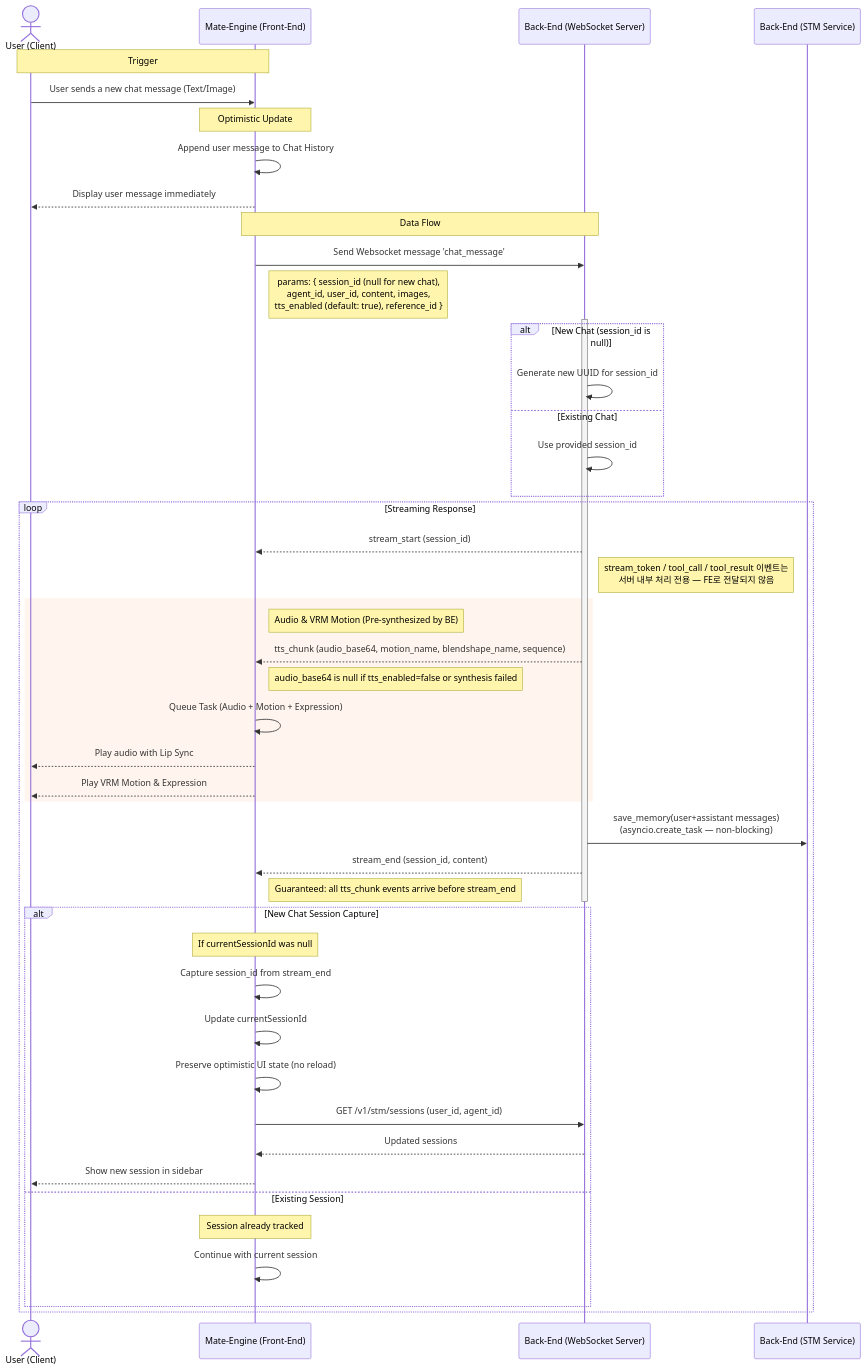
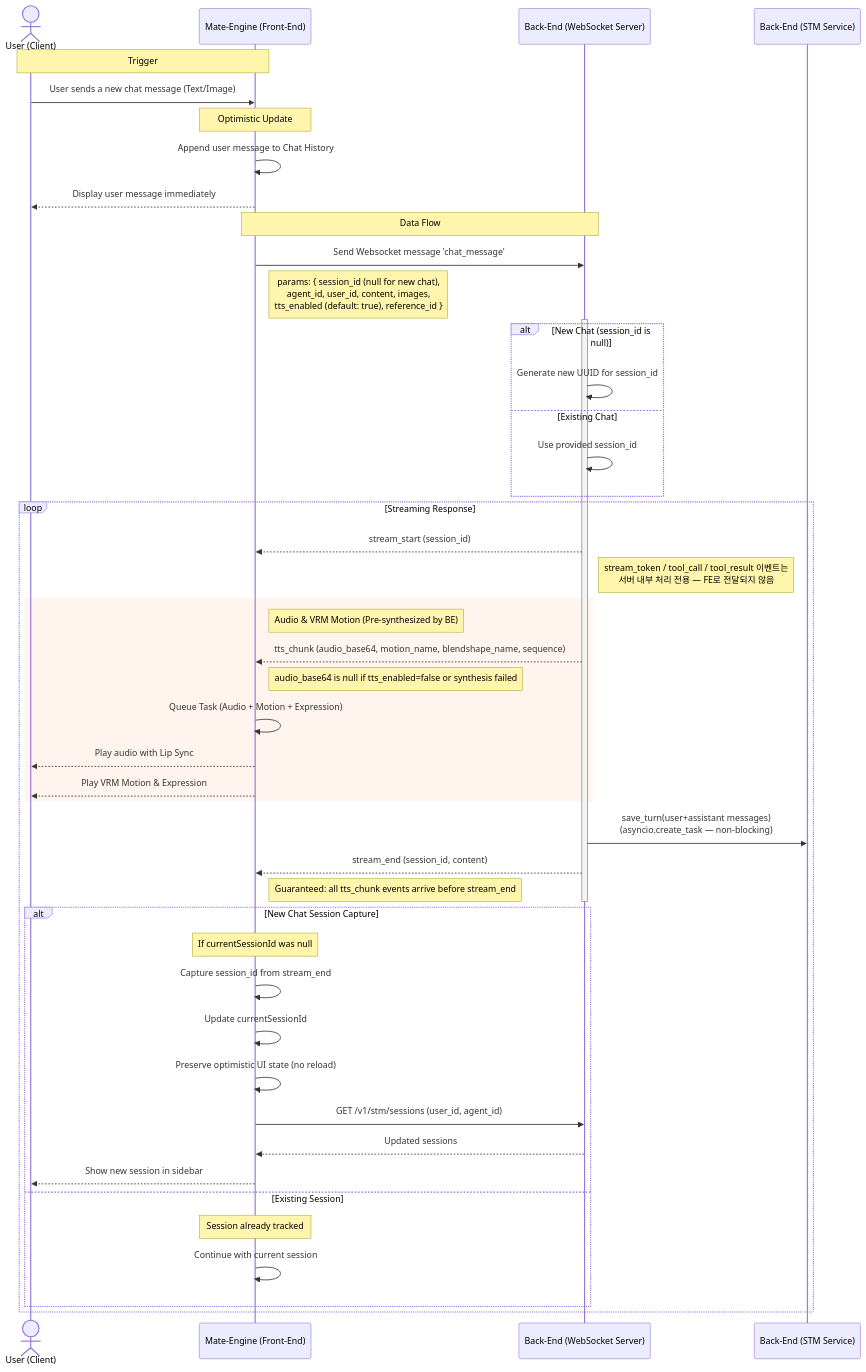
One commit to yw0nam/DesktopMatePlus changed the diagram in docs/data_flow/chat/ADD_CHAT_MESSAGE.md. Above: the diagram before and after it, drawn with Mermaid. The commit also changed 6 other files, not shown here.

````diff
--- a/docs/data_flow/chat/ADD_CHAT_MESSAGE.md
+++ b/docs/data_flow/chat/ADD_CHAT_MESSAGE.md
@@ -20,58 +20,58 @@
 ```mermaid
 sequenceDiagram
     actor User as User (Client)
     participant FE as Mate-Engine (Front-End)
     participant BE as Back-End (WebSocket Server)
     participant STM as Back-End (STM Service)
 
     Note over User, FE: Trigger
     User->>FE: User sends a new chat message (Text/Image)
 
     Note over FE: Optimistic Update
     FE->>FE: Append user message to Chat History
     FE-->>User: Display user message immediately
 
     Note over FE, BE: Data Flow
     FE->>BE: Send Websocket message 'chat_message'
     Note right of FE: params: { session_id (null for new chat),<br/>agent_id, user_id, content, images,<br/>tts_enabled (default: true), reference_id }
 
     activate BE
 
     alt New Chat (session_id is null)
         BE->>BE: Generate new UUID for session_id
     else Existing Chat
         BE->>BE: Use provided session_id
     end
 
     loop Streaming Response
         BE-->>FE: stream_start (session_id)
 
         Note right of BE: stream_token / tool_call / tool_result 이벤트는<br/>서버 내부 처리 전용 — FE로 전달되지 않음
         rect rgb(255, 245, 238)
             note right of FE: Audio & VRM Motion (Pre-synthesized by BE)
             BE-->>FE: tts_chunk (audio_base64, motion_name, blendshape_name, sequence)
             Note right of FE: audio_base64 is null if tts_enabled=false or synthesis failed
             FE->>FE: Queue Task (Audio + Motion + Expression)
             FE-->>User: Play audio with Lip Sync
             FE-->>User: Play VRM Motion & Expression
         end
 
-        BE->>STM: save_memory(user+assistant messages)<br/>(asyncio.create_task — non-blocking)
+        BE->>STM: save_turn(user+assistant messages)<br/>(asyncio.create_task — non-blocking)
         BE-->>FE: stream_end (session_id, content)
         Note right of FE: Guaranteed: all tts_chunk events arrive before stream_end
         deactivate BE
 
         alt New Chat Session Capture
             Note over FE: If currentSessionId was null
             FE->>FE: Capture session_id from stream_end
             FE->>FE: Update currentSessionId
             FE->>FE: Preserve optimistic UI state (no reload)
             FE->>BE: GET /v1/stm/sessions (user_id, agent_id)
             BE-->>FE: Updated sessions
             FE-->>User: Show new session in sidebar
         else Existing Session
             Note over FE: Session already tracked
             FE->>FE: Continue with current session
         end
     end
 ```
````
